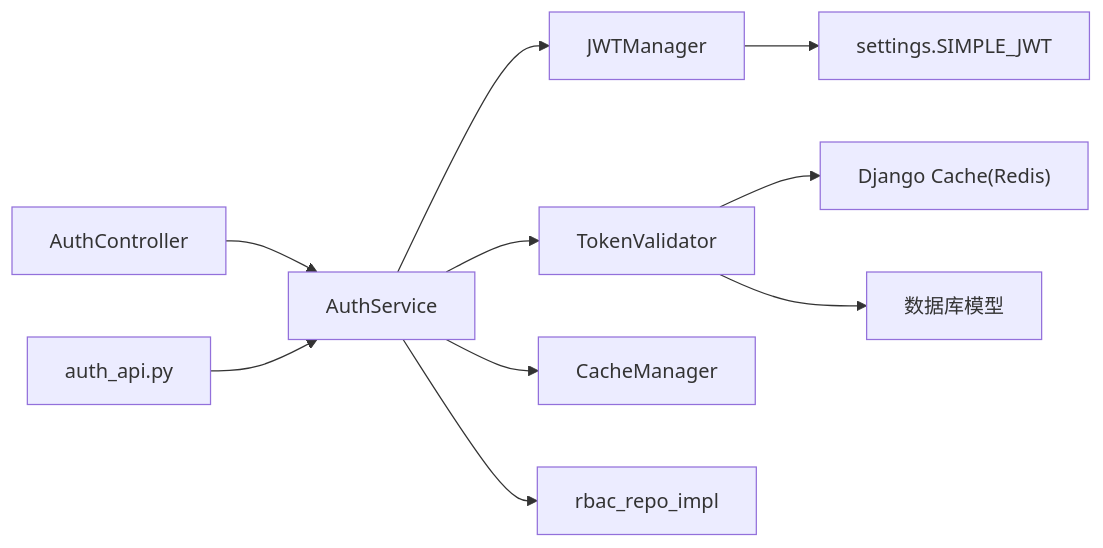
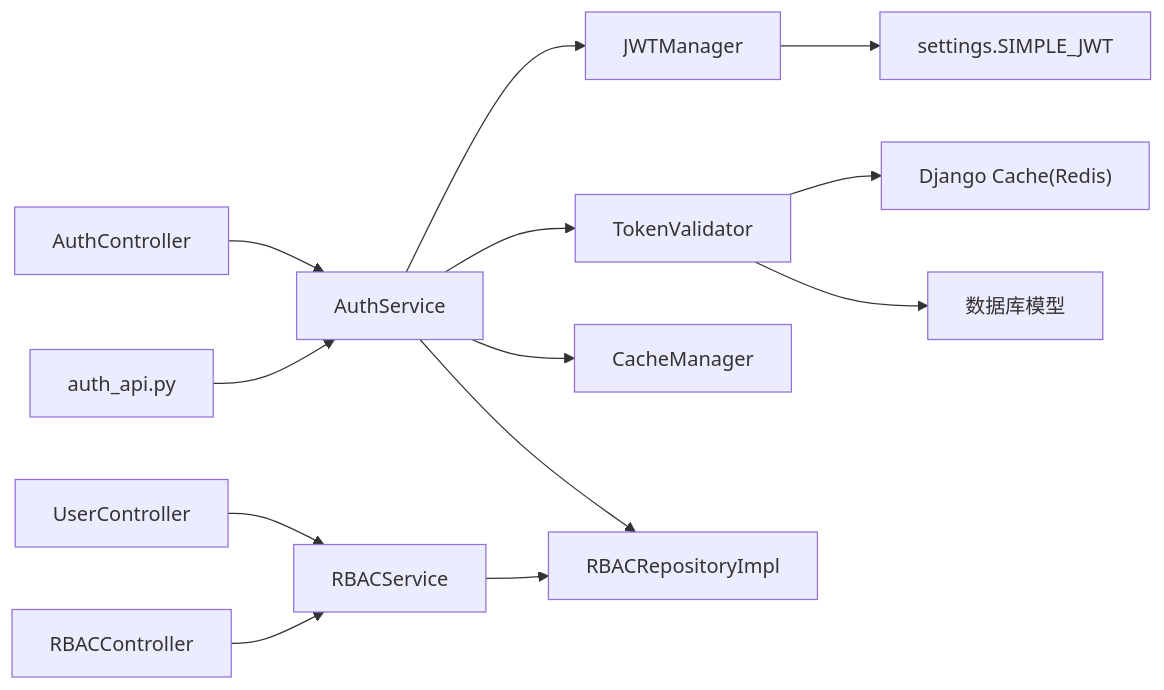
Before and after one commit to taoweidong/Hello-Django-Ninja-Api: the ninth of 9 diagrams in .qoder/repowiki/zh/content/核心模块/认证系统.md, drawn with Mermaid. The commit also changed other lines of this file and 96 other files, not shown here.

````diff
--- a/.qoder/repowiki/zh/content/核心模块/认证系统.md
+++ b/.qoder/repowiki/zh/content/核心模块/认证系统.md
@@ -339,12 +421,15 @@
 ```mermaid
 graph LR
 AC["AuthController"] --> AS["AuthService"]
 API["auth_api.py"] --> AS
+UC["UserController"] --> RS["RBACService"]
+RC["RBACController"] --> RS
 AS --> JM["JWTManager"]
 AS --> TV["TokenValidator"]
 AS --> CM["CacheManager"]
-AS --> RM["rbac_repo_impl"]
+AS --> RR["RBACRepositoryImpl"]
+RS --> RR
 JM --> Settings["settings.SIMPLE_JWT"]
 TV --> Cache["Django Cache(Redis)"]
 TV --> DB["数据库模型"]
 ```
````
